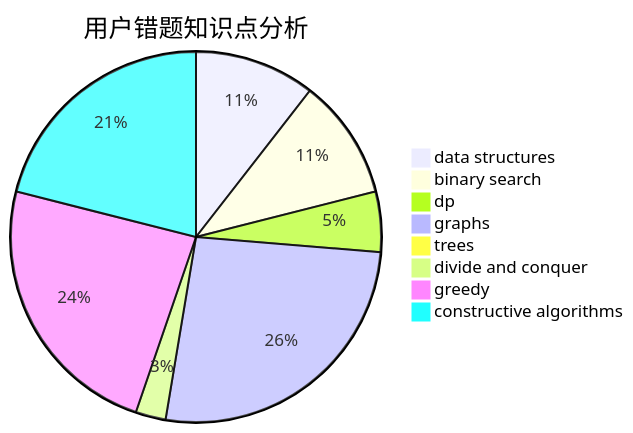
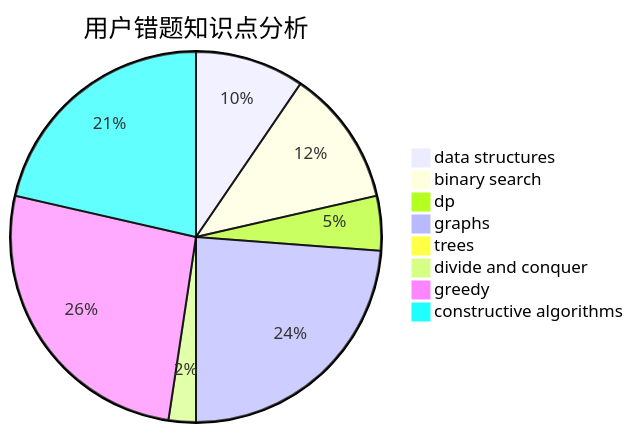
One commit to sherpahu/cfrs.github.io changed the third of 3 diagrams in docs/user/u2115.md. Above: the diagram before and after it, drawn with Mermaid. The commit also changed other lines of this file and 2770 other files, not shown here.

````diff
--- a/docs/user/u2115.md
+++ b/docs/user/u2115.md
@@ -36,11 +36,11 @@
 ```mermaid
 pie title 用户错题知识点分析
     "data structures" :  4
-    "binary search" :  4
+    "binary search" :  5
     "dp" :  2
     "graphs" :  10
     "trees" :  0
     "divide and conquer" :  1
-    "greedy" :  9
-    "constructive algorithms" :  8
+    "greedy" :  11
+    "constructive algorithms" :  9
 ```
````
